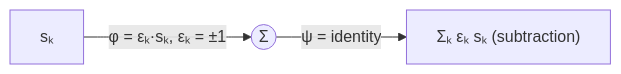
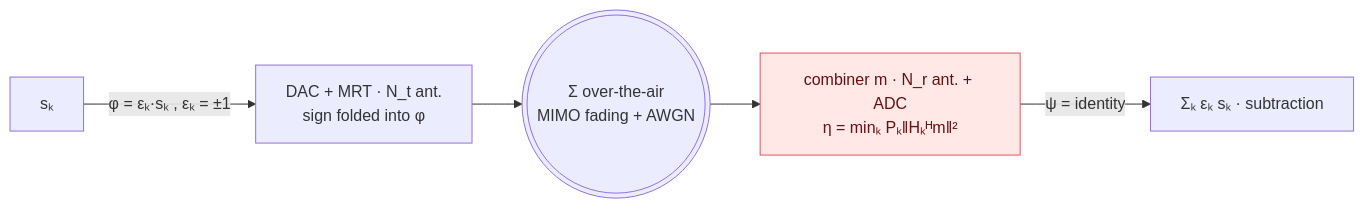
One commit to wincle626/OverAirCompute changed the third of 13 diagrams in README.md. Above: the diagram before and after it, drawn with Mermaid. The commit also changed other lines of this file, not shown here.

````diff
--- a/README.md
+++ b/README.md
@@ -262,4 +270,9 @@
 ```mermaid
 flowchart LR
-    a["sₖ"] -->|"φ = εₖ·sₖ,  εₖ = ±1"| S(("Σ")) -->|"ψ = identity"| r["Σₖ εₖ sₖ  (subtraction)"]
+    s["sₖ"] -->|"φ = εₖ·sₖ , εₖ = ±1"| tx["DAC + MRT · N_t ant.<br/>sign folded into φ"]
+    tx --> air((("Σ over-the-air<br/>MIMO fading + AWGN")))
+    air --> rx["combiner m · N_r ant. + ADC<br/>η = minₖ Pₖ‖Hₖᴴm‖²"]
+    rx -->|"ψ = identity"| r["Σₖ εₖ sₖ  ·  subtraction"]
+    classDef hot fill:#ffe8e6,stroke:#E15759,color:#611;
+    class rx hot;
 ```
````
